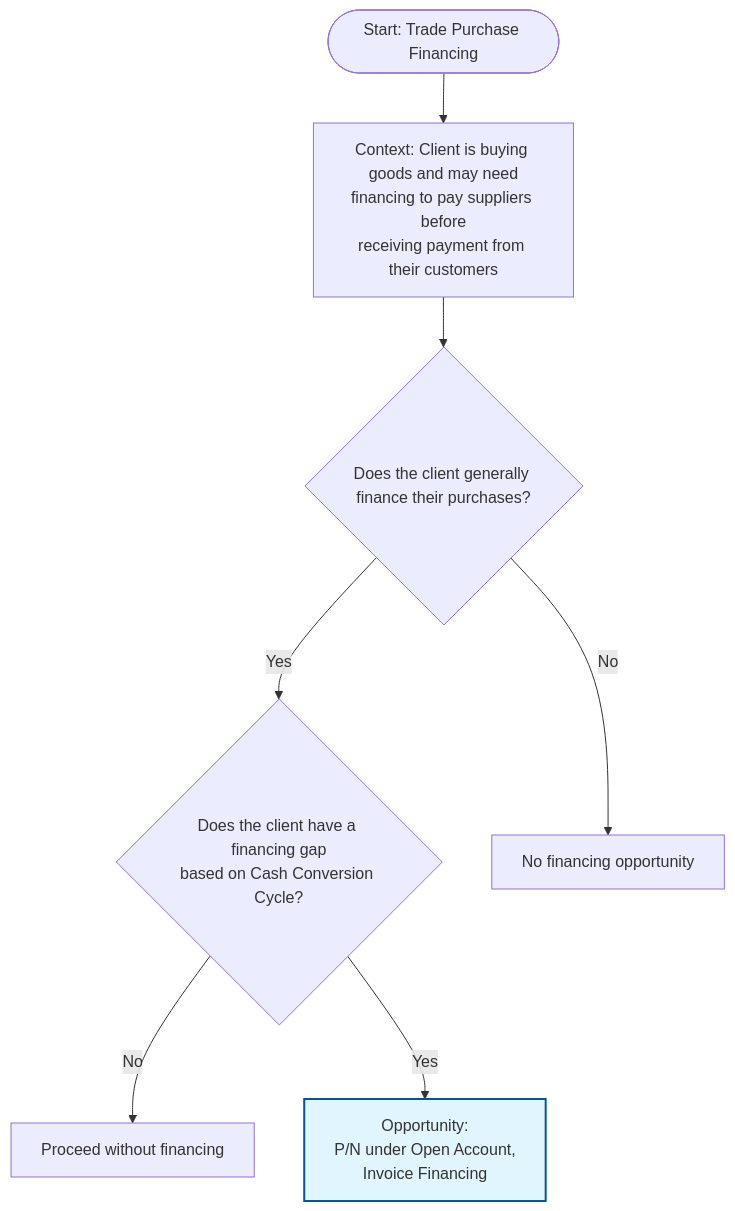
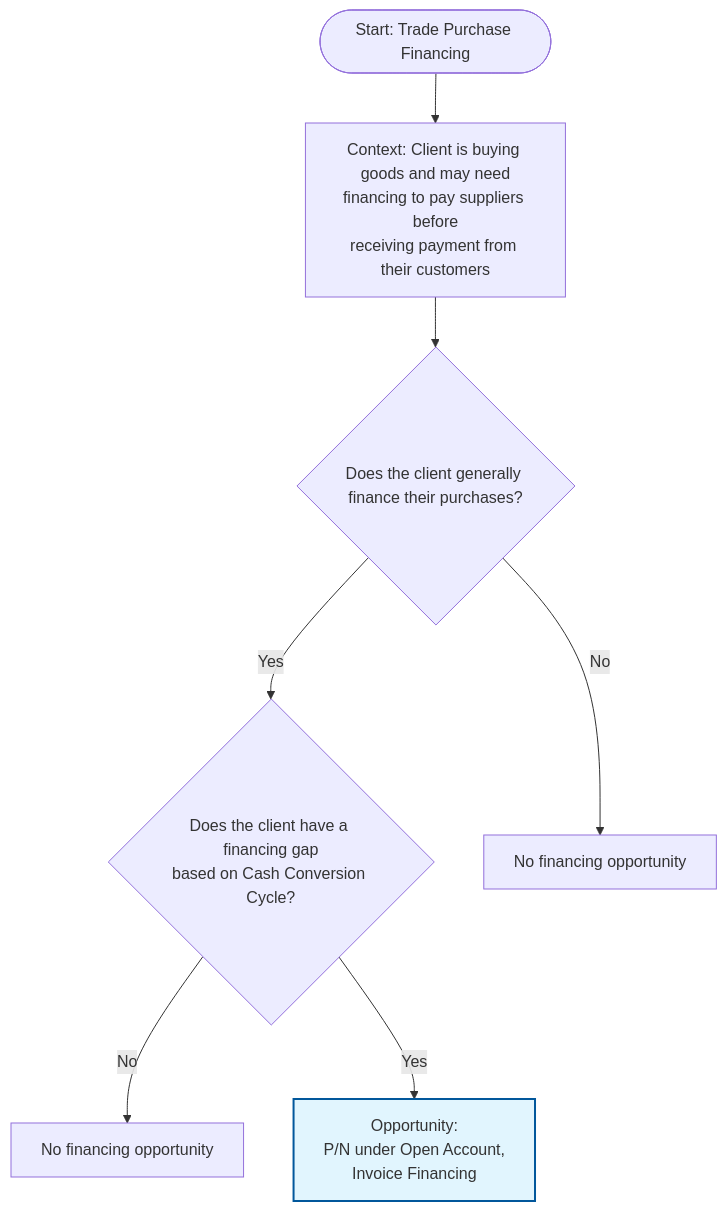
The diagram in tvc_decision_trees/oa_decision_trees/purchase_financing_tree.md (sage-develop/why), drawn with Mermaid before and after one commit.

````diff
--- a/tvc_decision_trees/oa_decision_trees/purchase_financing_tree.md
+++ b/tvc_decision_trees/oa_decision_trees/purchase_financing_tree.md
@@ -7,16 +7,16 @@
 ```mermaid
 flowchart TD
     A(["Start: Trade Purchase Financing"]) --> n1["Context: Client is buying goods and may need<br>financing to pay suppliers before<br>receiving payment from their customers"]
     n1 --> n2["Does the client generally finance their purchases?"]
     n2 -- Yes --> J["Does the client have a financing gap<br>based on Cash Conversion Cycle?"]
     n2 -- No --> n3["No financing opportunity"]
-    J -- No --> L["Proceed without financing"]
+    J -- No --> L["No financing opportunity"]
     J -- Yes --> P1@{ label: "<span style=\"background-color:\">Opportunity:<br>P/N under Open Account, <br>Invoice Financing</span>" }
 
     n2@{ shape: diam}
     J@{ shape: diam}
     n3@{ shape: rect}
     P1@{ shape: rect}
      P1:::productBox
     classDef productBox fill:#e1f5fe,stroke:#01579b,stroke-width:2px
 ```
````
